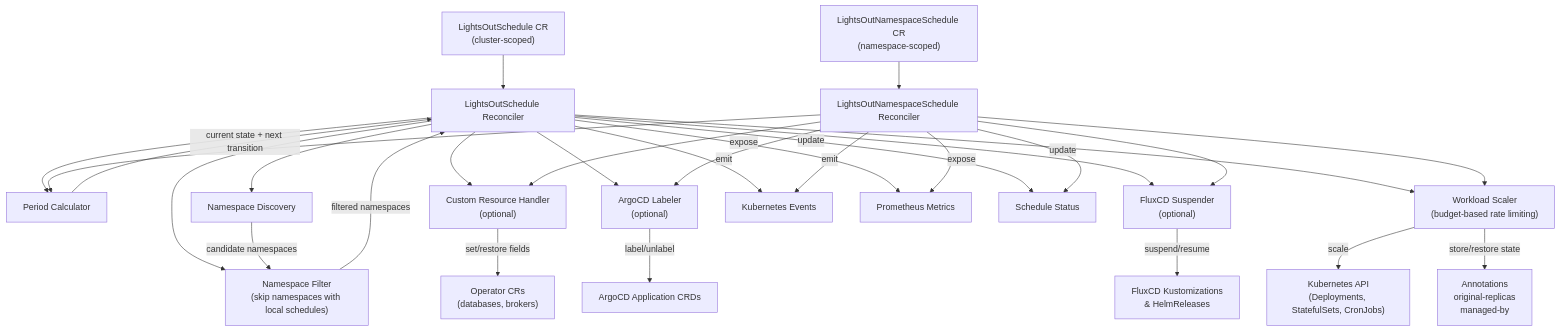
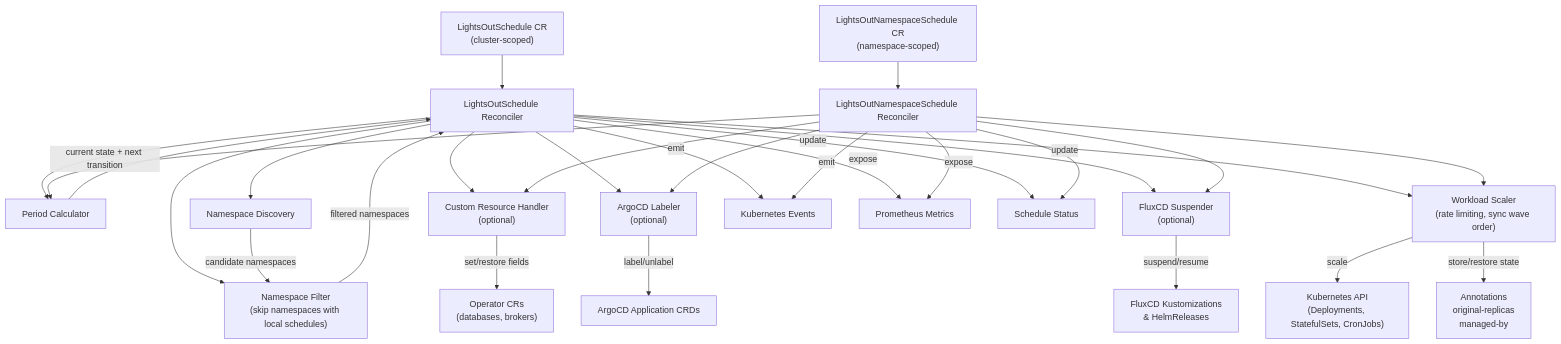
One commit to gjorgji-ts/lightsout changed the second of 2 diagrams in docs/architecture.md. Above: the diagram before and after it, drawn with Mermaid. The commit also changed other lines of this file and 21 other files, not shown here.

First line of the commit message:
feat(argocd): scale in sync wave order

````diff
--- a/docs/architecture.md
+++ b/docs/architecture.md
@@ -39,31 +39,31 @@
 ```mermaid
 flowchart TD
     CR["LightsOutSchedule CR<br/>(cluster-scoped)"] --> R["LightsOutSchedule Reconciler"]
     NSCR["LightsOutNamespaceSchedule CR<br/>(namespace-scoped)"] --> NSR["LightsOutNamespaceSchedule Reconciler"]
     R --> PC["Period Calculator"]
     R --> ND["Namespace Discovery"]
     R --> NF["Namespace Filter<br/>(skip namespaces with local schedules)"]
     PC -->|"current state + next transition"| R
     ND -->|"candidate namespaces"| NF
     NF -->|"filtered namespaces"| R
     NSR --> PC
     R --> CRH["Custom Resource Handler<br/>(optional)"]
     NSR --> CRH
     R --> AL["ArgoCD Labeler<br/>(optional)"]
     NSR --> AL
     R --> FL["FluxCD Suspender<br/>(optional)"]
     NSR --> FL
-    R --> WS["Workload Scaler<br/>(budget-based rate limiting)"]
+    R --> WS["Workload Scaler<br/>(rate limiting, sync wave order)"]
     NSR --> WS
     CRH -->|"set/restore fields"| Ops["Operator CRs<br/>(databases, brokers)"]
     AL -->|"label/unlabel"| ArgoCD["ArgoCD Application CRDs"]
     FL -->|"suspend/resume"| Flux["FluxCD Kustomizations<br/>& HelmReleases"]
     WS -->|"scale"| K8s["Kubernetes API<br/>(Deployments, StatefulSets, CronJobs)"]
     WS -->|"store/restore state"| Ann["Annotations<br/>original-replicas<br/>managed-by"]
     R -->|"emit"| Ev["Kubernetes Events"]
     NSR -->|"emit"| Ev
     R -->|"expose"| Met["Prometheus Metrics"]
     NSR -->|"expose"| Met
     R -->|"update"| Status["Schedule Status"]
     NSR -->|"update"| Status
 ```
````
